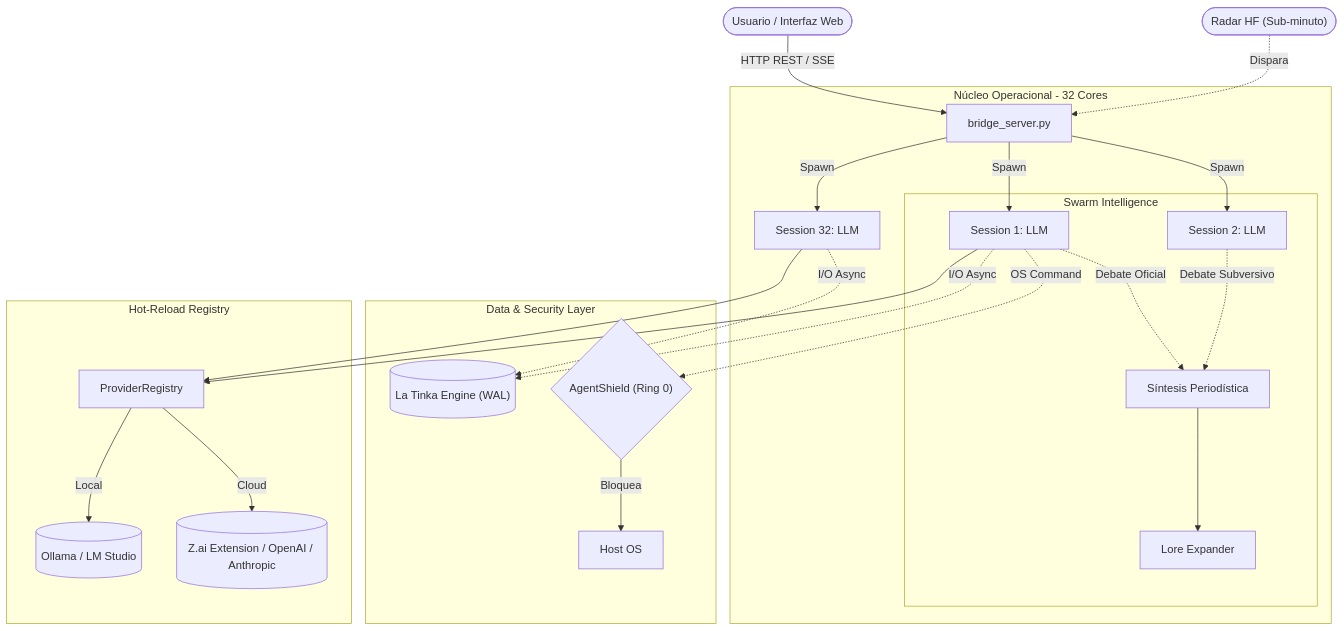
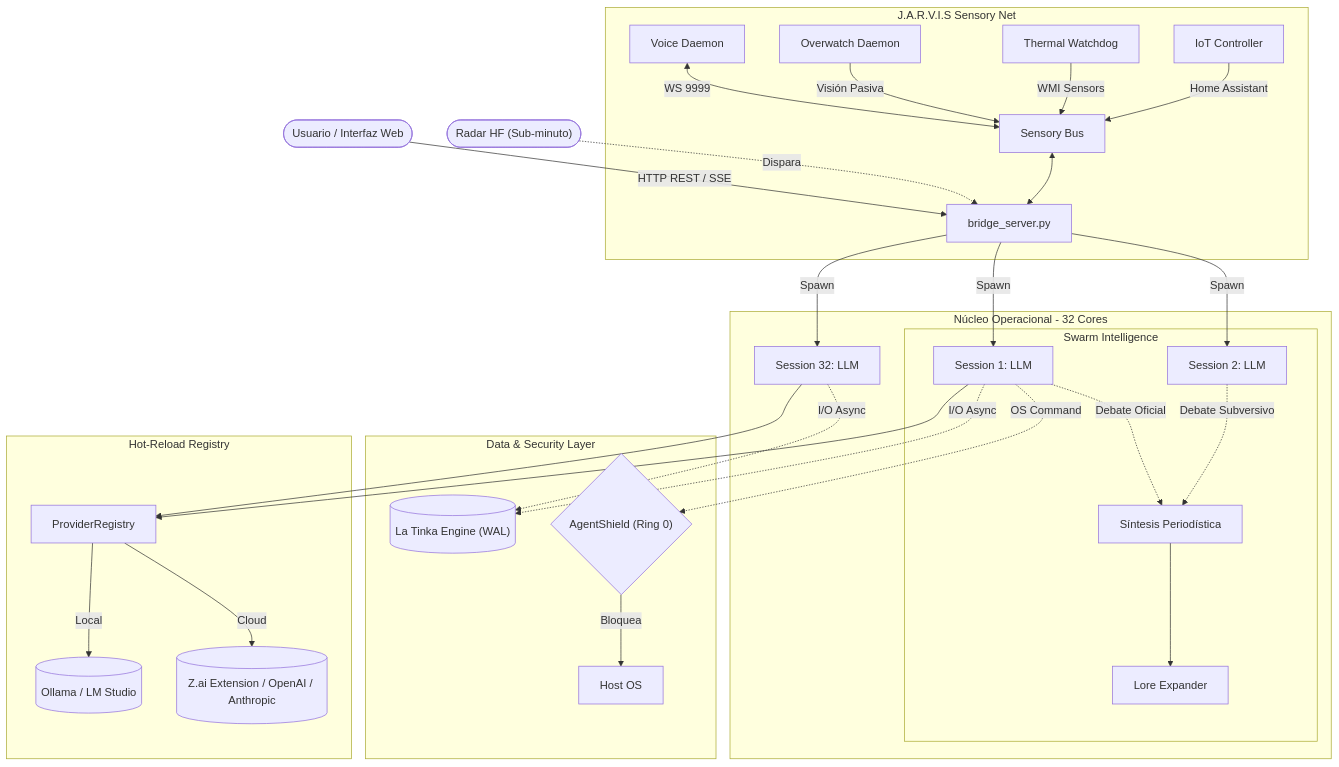
Before and after one commit to DarckRovert/Gravity_AI_bridge: the first of 2 diagrams in README.md, drawn with Mermaid. The commit also changed 12 other files, not shown here.

Commit message:
chore: Gravity AI Bridge V16.7 PRO [Vision-Tier] - estabilizado 2026-06-28  8:17

````diff
--- a/README.md
+++ b/README.md
@@ -33,32 +33,39 @@
 ```mermaid
 graph TD
     User(["Usuario / Interfaz Web"]) -->|HTTP REST / SSE| Bridge["bridge_server.py"]
     Radar(["Radar HF (Sub-minuto)"]) -.->|Dispara| Bridge
     
+    subgraph J.A.R.V.I.S Sensory Net
+        Voice["Voice Daemon"] <-->|WS 9999| Bus["Sensory Bus"]
+        Vision["Overwatch Daemon"] -->|Visión Pasiva| Bus
+        Thermal["Thermal Watchdog"] -->|WMI Sensors| Bus
+        IoT["IoT Controller"] -->|Home Assistant| Bus
+        Bus <--> Bridge
+    end
     subgraph Gravity Core [Núcleo Operacional - 32 Cores]
         Bridge -->|Spawn| Worker1[Session 1: LLM]
         Bridge -->|Spawn| Worker2[Session 2: LLM]
         Bridge -->|Spawn| WorkerN[Session 32: LLM]
         
         subgraph Swarm Intelligence
             Worker1 -.->|Debate Oficial| Editor
             Worker2 -.->|Debate Subversivo| Editor
             Editor[Síntesis Periodística] --> Lore[Lore Expander]
         end
     end
     
     subgraph Data & Security Layer
         Worker1 -.->|I/O Async| Tinka[("La Tinka Engine (WAL)")]
         WorkerN -.->|I/O Async| Tinka
         Worker1 -.->|OS Command| Shield{"AgentShield (Ring 0)"}
         Shield -->|Bloquea| OS["Host OS"]
     end
     
     subgraph Hot-Reload Registry
         Registry["ProviderRegistry"] -->|Local| Ollama[("Ollama / LM Studio")]
         Registry -->|Cloud| Cloud[("Z.ai Extension / OpenAI / Anthropic")]
     end
     
     Worker1 --> Registry
     WorkerN --> Registry
 ```
````
